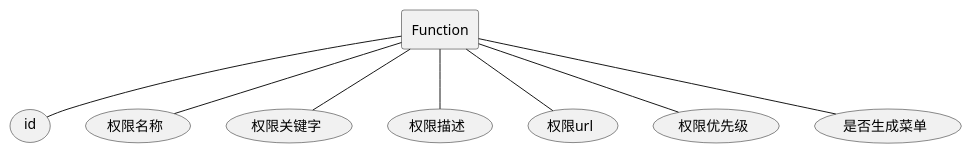
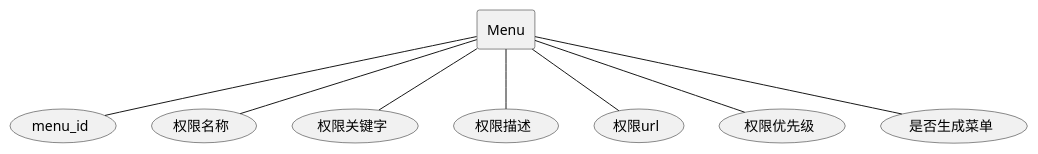
One commit to xiaokangxxs/notebook changed the eighth of 30 diagrams in docs/UML/plantuml.md. Above: the diagram before and after it, drawn with PlantUML. The commit also changed other lines of this file and 2 other files, not shown here.

Commit message:
update hadoop-ha and update familyaccount-plantuml

````diff
--- a/docs/UML/plantuml.md
+++ b/docs/UML/plantuml.md
@@ -180,12 +169,12 @@
 ```plantuml
 @startuml
-rectangle Function
-Function -- (id)
-Function -- (权限名称)
-Function -- (权限关键字)
-Function -- (权限描述)
-Function -- (权限url)
-Function -- (权限优先级)
-Function -- (是否生成菜单)
+rectangle Menu
+Menu -- (menu_id)
+Menu -- (权限名称)
+Menu -- (权限关键字)
+Menu -- (权限描述)
+Menu -- (权限url)
+Menu -- (权限优先级)
+Menu -- (是否生成菜单)
 @enduml
 ```
````
